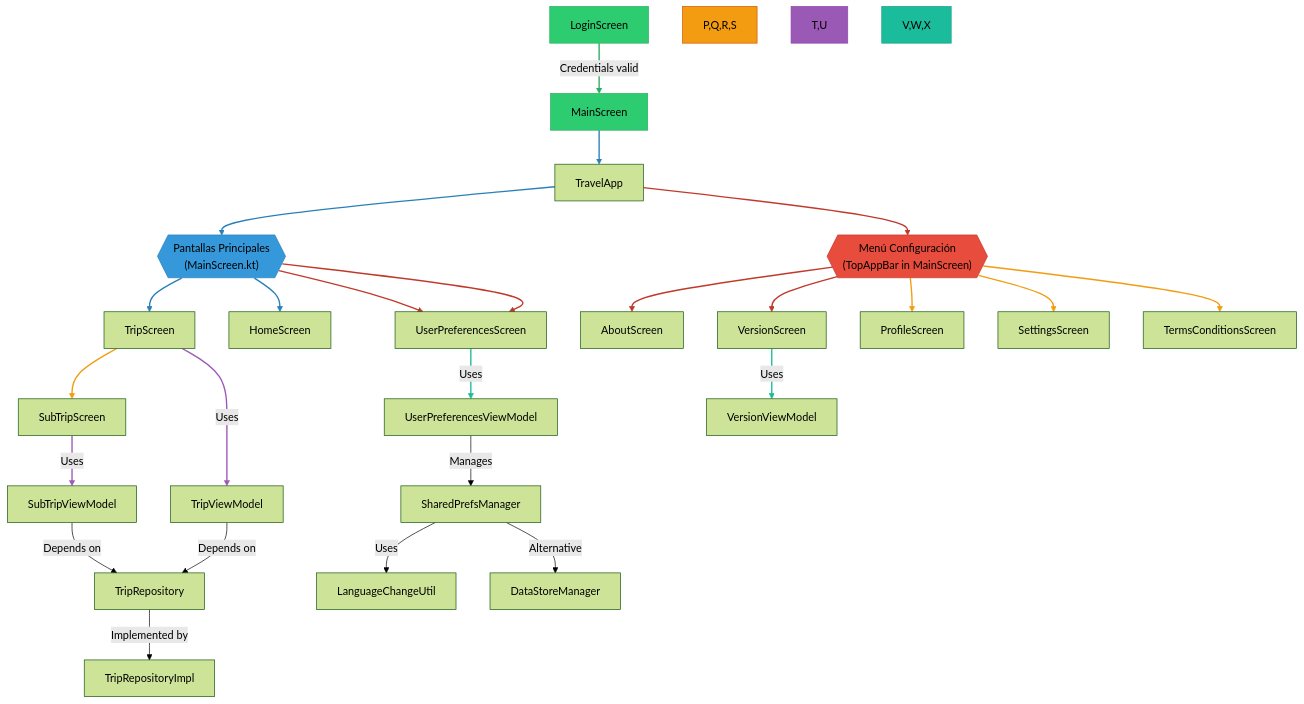
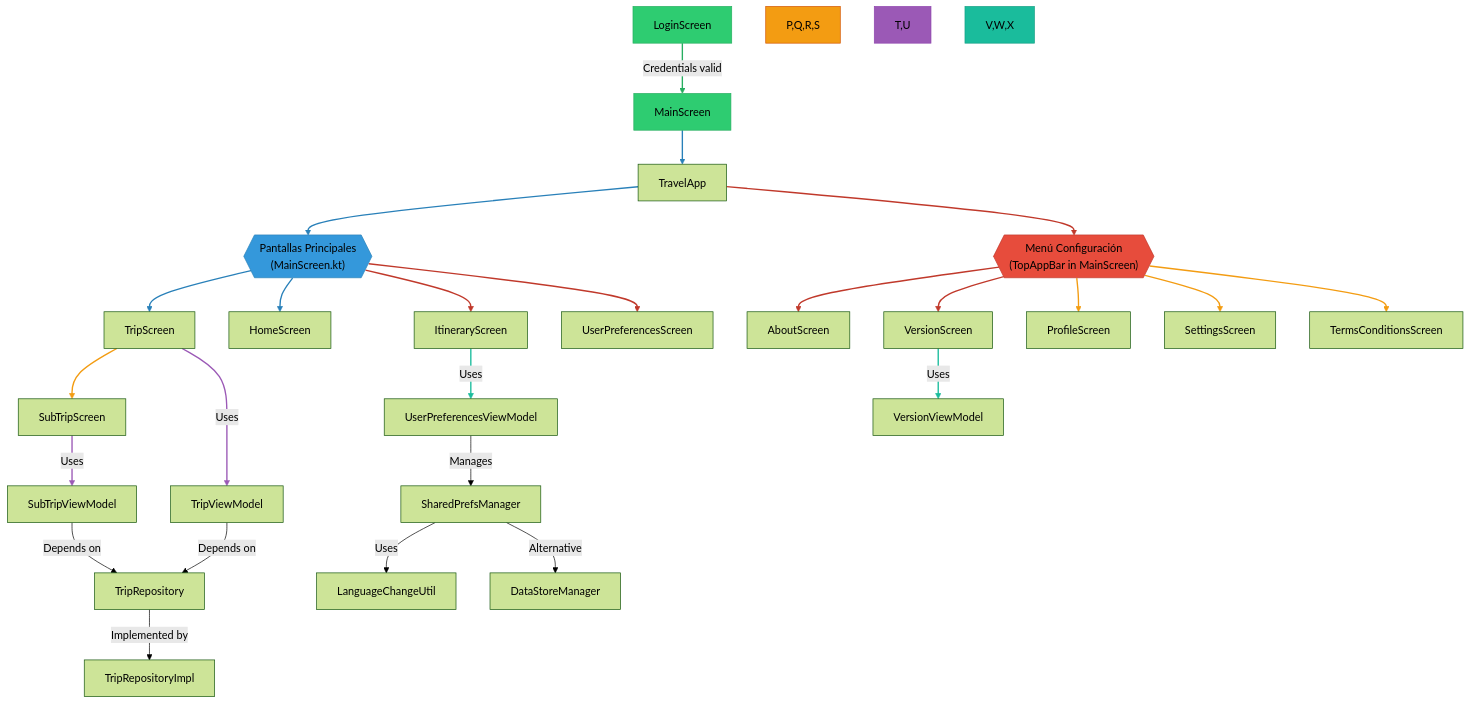
Before and after one commit to GEI3-Udl-2025/Travel_World: the second of 2 diagrams in documentation/design.md, drawn with Mermaid (forest theme).

````diff
--- a/documentation/design.md
+++ b/documentation/design.md
@@ -21,47 +21,47 @@
 ```mermaid
 flowchart TD
     %% ===== Main Flow =====
     A[LoginScreen] -->|"Credentials valid"| B[MainScreen]
     B --> C[TravelApp]
     C --> D{{"Pantallas Principales\n(MainScreen.kt)"}}
     D --> E[TripScreen]
     D --> F[HomeScreen]
     D --> G[ItineraryScreen]
-    D --> G[UserPreferencesScreen]
+    D --> H[UserPreferencesScreen]
     C --> I{{"Menú Configuración\n(TopAppBar in MainScreen)"}}
     I --> J[AboutScreen]
     I --> K[VersionScreen]
     I --> L[ProfileScreen]
     I --> M[SettingsScreen]
     I --> N[TermsConditionsScreen]
     E --> O[SubTripScreen]
 
     %% ===== Data Connections =====
     E -->|"Uses"| P[TripViewModel]
     O -->|"Uses"| Q[SubTripViewModel]
     G -->|"Uses"| R[UserPreferencesViewModel]
     K -->|"Uses"| S[VersionViewModel]
     
     P & Q -->|"Depends on"| T[TripRepository]
     T -->|"Implemented by"| U[TripRepositoryImpl]
     R -->|"Manages"| V[SharedPrefsManager]
     V -->|"Uses"| W[LanguageChangeUtil]
     V -->|"Alternative"| X[DataStoreManager]
 
     %% ===== Style =====
     style A fill:#2ecc71,stroke:#27ae60
     style B fill:#2ecc71,stroke:#27ae60
     style D fill:#3498db,stroke:#2980b9
     style I fill:#e74c3c,stroke:#c0392b
     style P,Q,R,S fill:#f39c12,stroke:#d35400
     style T,U fill:#9b59b6,stroke:#8e44ad
     style V,W,X fill:#1abc9c,stroke:#16a085
 
     %% ===== Legend =====
     linkStyle 0 stroke:#27ae60,stroke-width:2px
     linkStyle 1,2,3,4 stroke:#2980b9,stroke-width:2px
     linkStyle 5,6,7,8,9 stroke:#c0392b,stroke-width:2px
     linkStyle 10,11,12,13 stroke:#f39c12,stroke-width:2px
     linkStyle 14,15 stroke:#9b59b6,stroke-width:2px
     linkStyle 16,17 stroke:#1abc9c,stroke-width:2px
 ```
````
